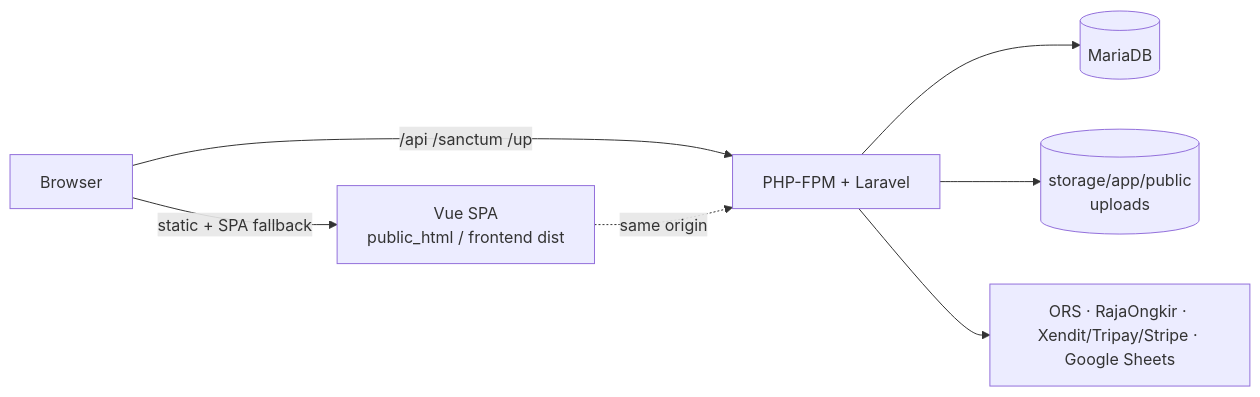
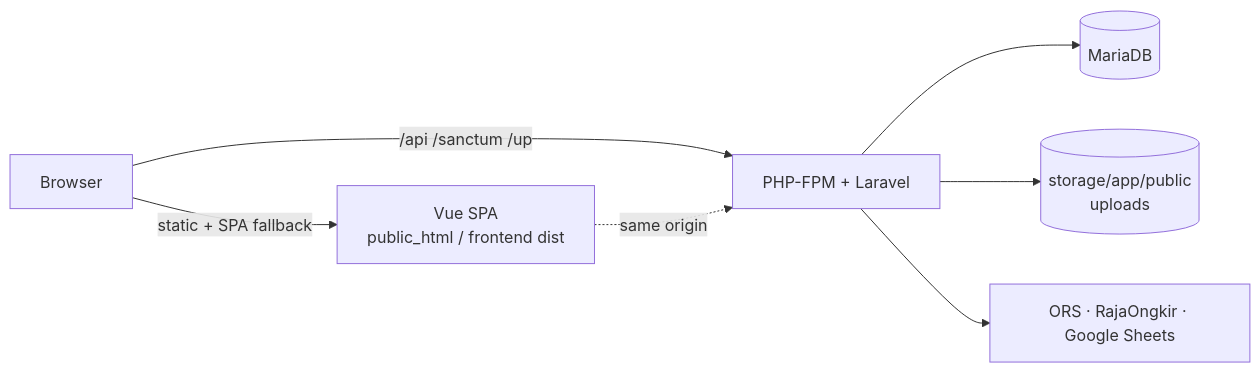
The first of 2 diagrams in docs/MASTER-SYSTEM.md (kmsitcomputer/kmsitprimeclassy), drawn with Mermaid before and after one commit. The commit also changed other lines of this file and 341 other files, not shown here.

````diff
--- a/docs/MASTER-SYSTEM.md
+++ b/docs/MASTER-SYSTEM.md
@@ -30,9 +30,9 @@
 ```mermaid
 flowchart LR
   B[Browser] -->|static + SPA fallback| SPA[Vue SPA<br/>public_html / frontend dist]
   B -->|/api /sanctum /up| FPM[PHP-FPM + Laravel]
   SPA -. same origin .-> FPM
   FPM --> DB[(MariaDB)]
   FPM --> ST[(storage/app/public<br/>uploads)]
-  FPM --> EXT[ORS · RajaOngkir · Xendit/Tripay/Stripe · Google Sheets]
+  FPM --> EXT[ORS · RajaOngkir · Google Sheets]
 ```
````
